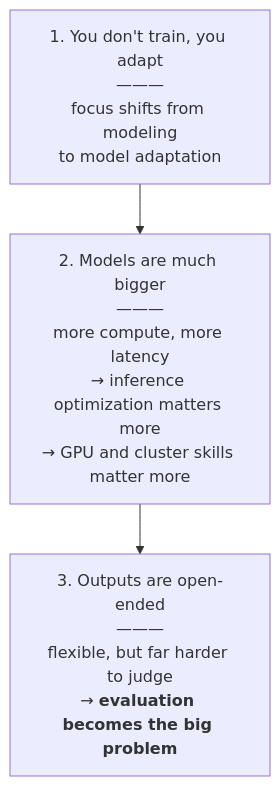
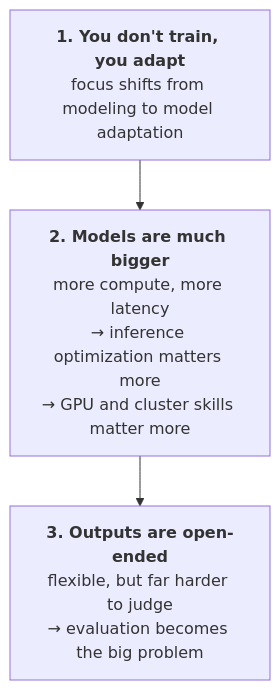
The seventh of 8 diagrams in book/chapter-01.md (utkarshinobi/mind), drawn with Mermaid before and after one commit. The commit also changed other lines of this file, not shown here.

````diff
--- a/book/chapter-01.md
+++ b/book/chapter-01.md
@@ -598,7 +431,7 @@
 ```mermaid
 flowchart TB
-    D1["1. You don't train, you adapt<br/>———<br/>focus shifts from modeling<br/>to model adaptation"]
-    D2["2. Models are much bigger<br/>———<br/>more compute, more latency<br/>→ inference optimization matters more<br/>→ GPU and cluster skills matter more"]
-    D3["3. Outputs are open-ended<br/>———<br/>flexible, but far harder to judge<br/>→ <b>evaluation becomes the big problem</b>"]
+    D1["<b>1. You don't train, you adapt</b><br/>focus shifts from modeling to model adaptation"]
+    D2["<b>2. Models are much bigger</b><br/>more compute, more latency<br/>→ inference optimization matters more<br/>→ GPU and cluster skills matter more"]
+    D3["<b>3. Outputs are open-ended</b><br/>flexible, but far harder to judge<br/>→ evaluation becomes the big problem"]
     D1 --> D2 --> D3
 ```
````
